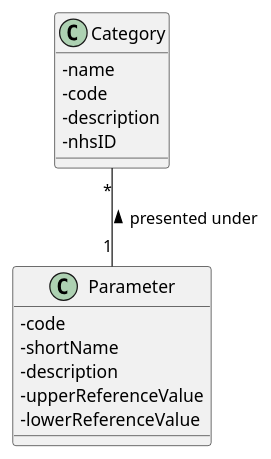
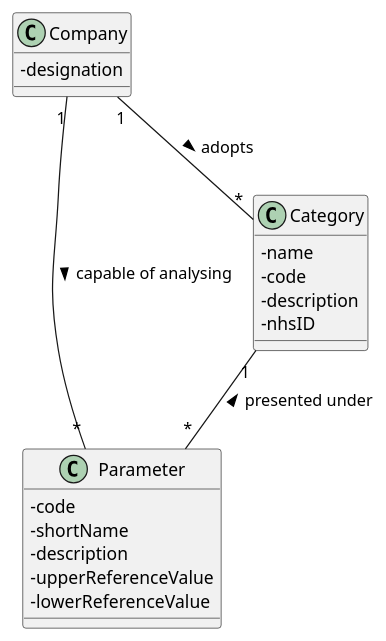
The diagram in docs/SprintC/US10/US10_DM.puml (MadDinosaur/ISEP-LAPR2), drawn with PlantUML before and after one commit. The commit also changed 4 other files, not shown here.

```diff
--- a/docs/SprintC/US10/US10_DM.puml
+++ b/docs/SprintC/US10/US10_DM.puml
@@ -1,22 +1,29 @@
 @startuml
 
 skinparam classAttributeIconSize 0
 
 class Parameter {
 -code
 -shortName
 -description
 -upperReferenceValue
 -lowerReferenceValue
 }
 
 class Category {
 -name
 -code
 -description
 -nhsID
 }
 
-Category "*"--"1" Parameter : presented under <
+class Company{
+-designation
+}
+
+Company "1"--"*" Parameter : capable of analysing >
+Company "1"--"*" Category: adopts >
+Category "1"--"*" Parameter : presented under <
+
 
 @enduml
```
